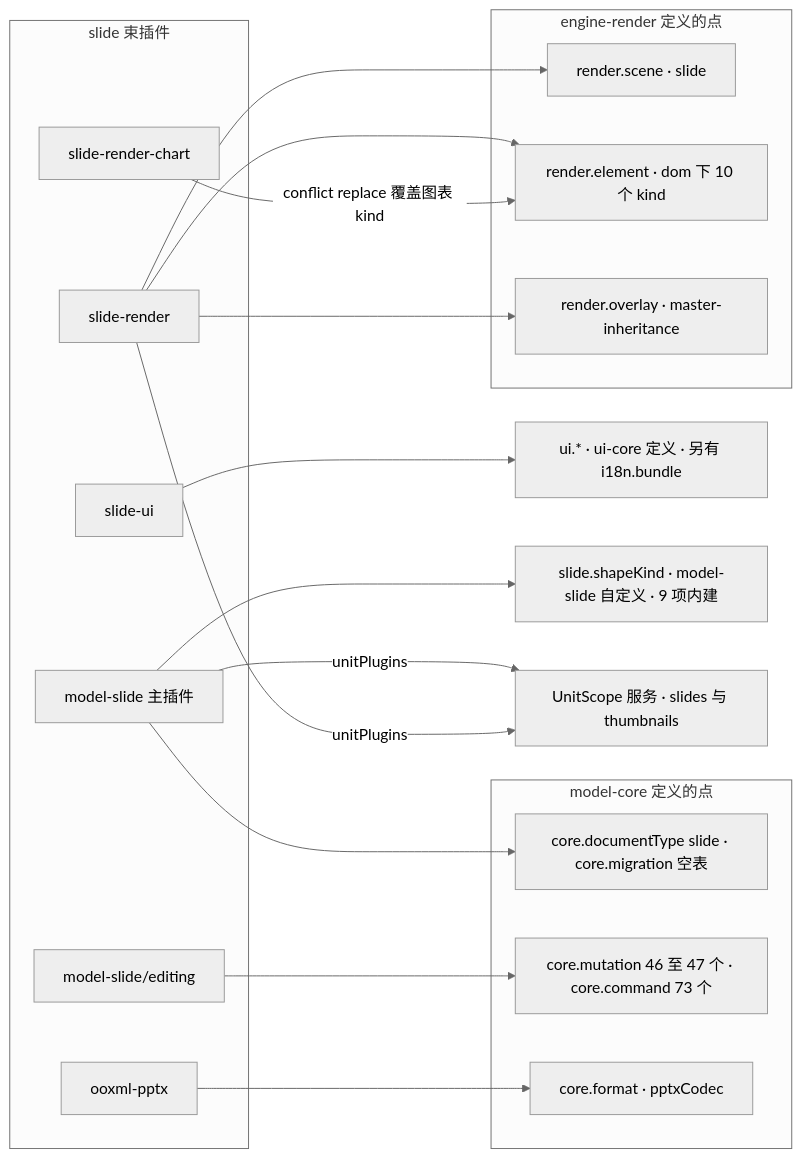
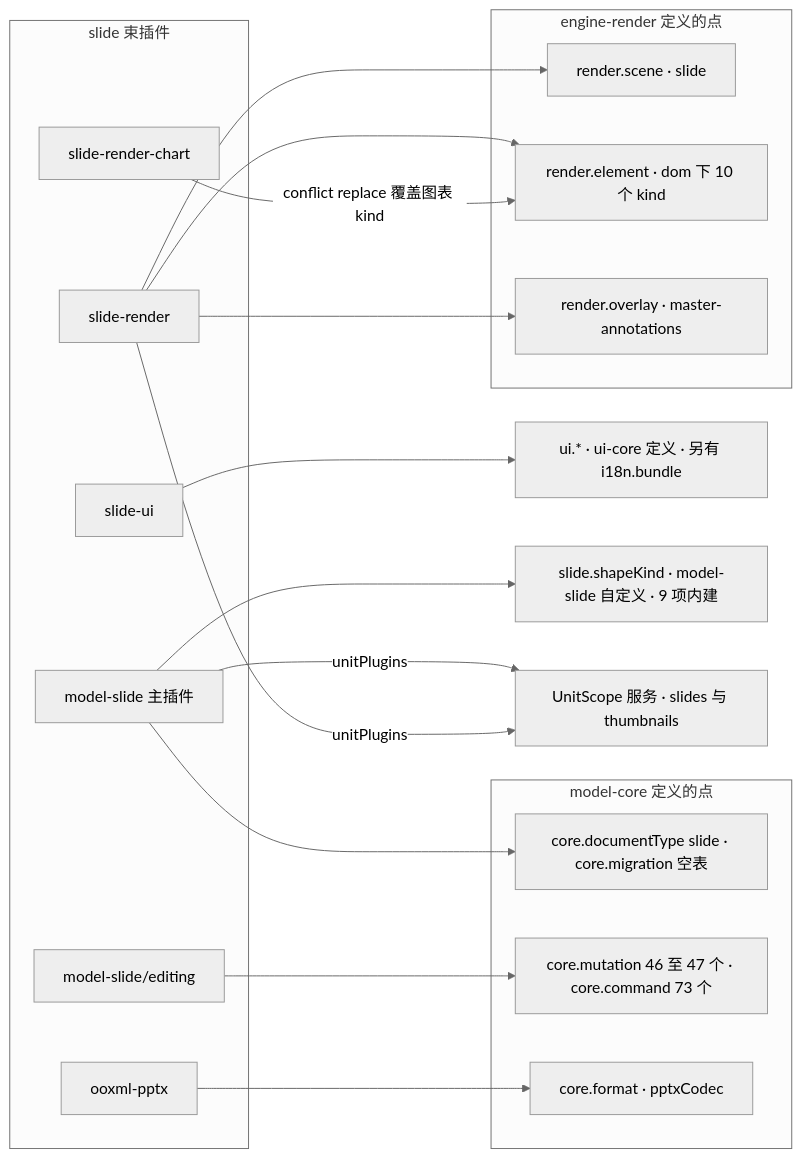
Before and after one commit to Xeonice/cordis-ppt-editor: diagram 20 of 36 in docs/40-modules/18-atlas-system-and-frontend.md, drawn with Mermaid (neutral theme). The commit also changed other lines of this file and 43 other files, not shown here.

````diff
--- a/docs/40-modules/18-atlas-system-and-frontend.md
+++ b/docs/40-modules/18-atlas-system-and-frontend.md
@@ -715,35 +715,35 @@
 ```mermaid
 flowchart LR
   subgraph slidePkgs["slide 束插件"]
     pModel["model-slide 主插件"]
     pEditing["model-slide/editing"]
     pCodec["ooxml-pptx"]
     pRender["slide-render"]
     pChart["slide-render-chart"]
     pUi["slide-ui"]
   end
   subgraph corePts["model-core 定义的点"]
     ptDocType["core.documentType slide · core.migration 空表"]
     ptMutCmd["core.mutation 46 至 47 个 · core.command 73 个"]
     ptFormat["core.format · pptxCodec"]
   end
   subgraph renderPts["engine-render 定义的点"]
     ptScene["render.scene · slide"]
     ptElement["render.element · dom 下 10 个 kind"]
-    ptOverlay["render.overlay · master-inheritance"]
+    ptOverlay["render.overlay · master-annotations"]
   end
   ptUi["ui.* · ui-core 定义 · 另有 i18n.bundle"]
   ptShape["slide.shapeKind · model-slide 自定义 · 9 项内建"]
   unitServices["UnitScope 服务 · slides 与 thumbnails"]
   pModel --> ptDocType
   pModel --> ptShape
   pModel -- "unitPlugins" --> unitServices
   pEditing --> ptMutCmd
   pCodec --> ptFormat
   pRender --> ptScene
   pRender --> ptElement
   pRender --> ptOverlay
   pRender -- "unitPlugins" --> unitServices
   pChart -- "conflict replace 覆盖图表 kind" --> ptElement
   pUi --> ptUi
 ```
````
